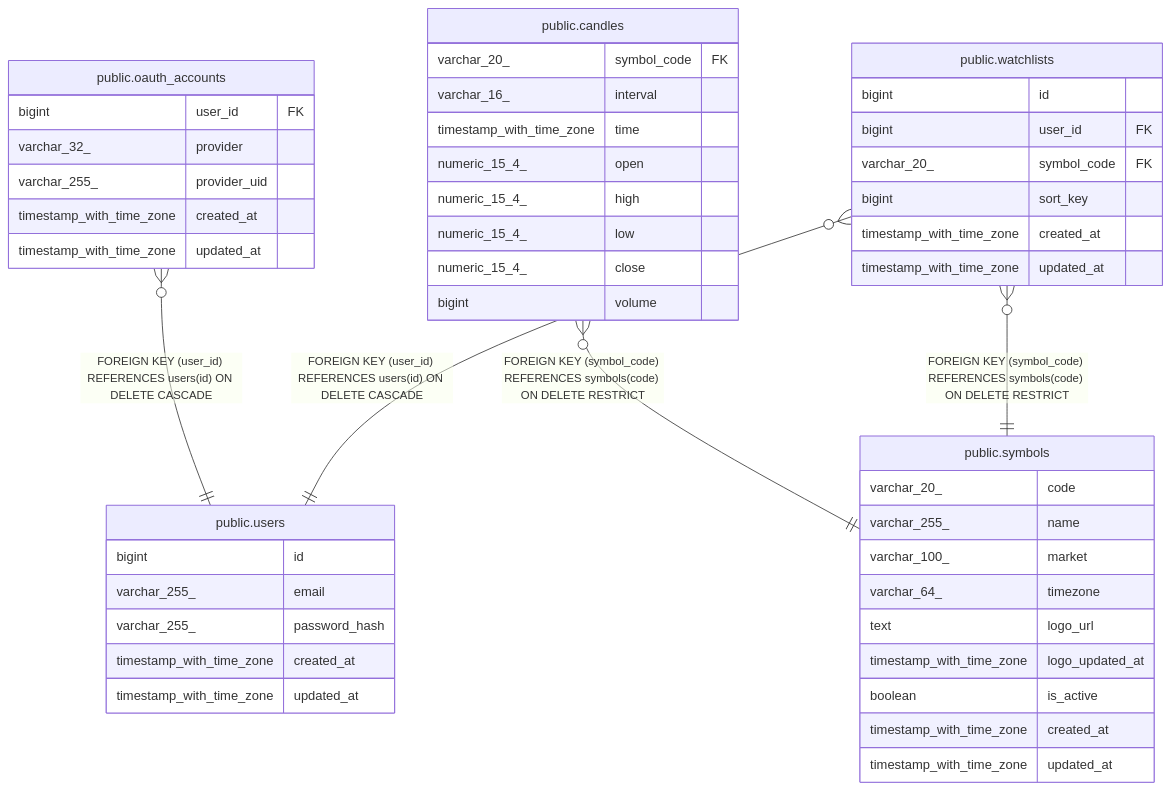
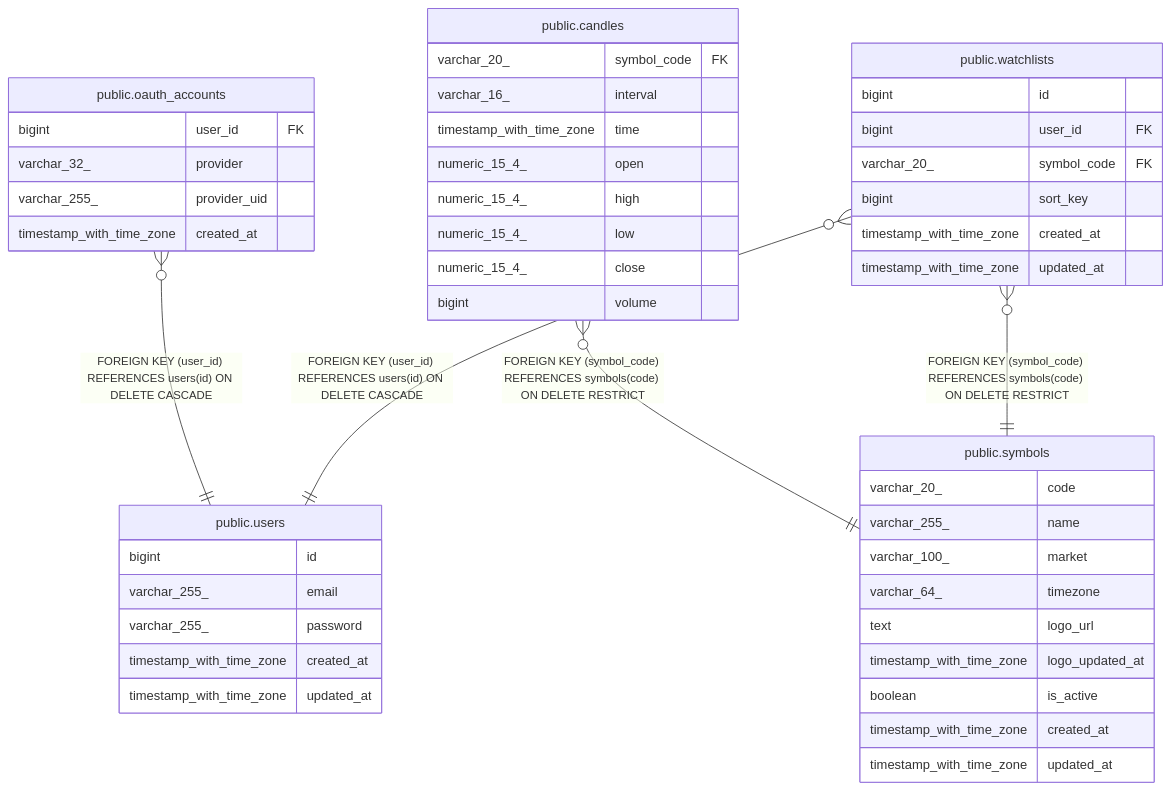
One commit to UCHIDAnobuhiro/stock-backend changed the diagram in docs/schema/README.md. Above: the diagram before and after it, drawn with Mermaid. The commit also changed other lines of this file and 6 other files, not shown here.

````diff
--- a/docs/schema/README.md
+++ b/docs/schema/README.md
@@ -15,52 +15,51 @@
 ```mermaid
 erDiagram
 
 "public.oauth_accounts" }o--|| "public.users" : "FOREIGN KEY (user_id) REFERENCES users(id) ON DELETE CASCADE"
 "public.candles" }o--|| "public.symbols" : "FOREIGN KEY (symbol_code) REFERENCES symbols(code) ON DELETE RESTRICT"
 "public.watchlists" }o--|| "public.users" : "FOREIGN KEY (user_id) REFERENCES users(id) ON DELETE CASCADE"
 "public.watchlists" }o--|| "public.symbols" : "FOREIGN KEY (symbol_code) REFERENCES symbols(code) ON DELETE RESTRICT"
 
 "public.users" {
   bigint id ""
   varchar_255_ email ""
-  varchar_255_ password_hash ""
+  varchar_255_ password ""
   timestamp_with_time_zone created_at ""
   timestamp_with_time_zone updated_at ""
 }
 "public.oauth_accounts" {
   bigint user_id FK ""
   varchar_32_ provider ""
   varchar_255_ provider_uid ""
   timestamp_with_time_zone created_at ""
-  timestamp_with_time_zone updated_at ""
 }
 "public.symbols" {
   varchar_20_ code ""
   varchar_255_ name ""
   varchar_100_ market ""
   varchar_64_ timezone ""
   text logo_url ""
   timestamp_with_time_zone logo_updated_at ""
   boolean is_active ""
   timestamp_with_time_zone created_at ""
   timestamp_with_time_zone updated_at ""
 }
 "public.candles" {
   varchar_20_ symbol_code FK ""
   varchar_16_ interval ""
   timestamp_with_time_zone time ""
   numeric_15_4_ open ""
   numeric_15_4_ high ""
   numeric_15_4_ low ""
   numeric_15_4_ close ""
   bigint volume ""
 }
 "public.watchlists" {
   bigint id ""
   bigint user_id FK ""
   varchar_20_ symbol_code FK ""
   bigint sort_key ""
   timestamp_with_time_zone created_at ""
   timestamp_with_time_zone updated_at ""
 }
 ```
````
